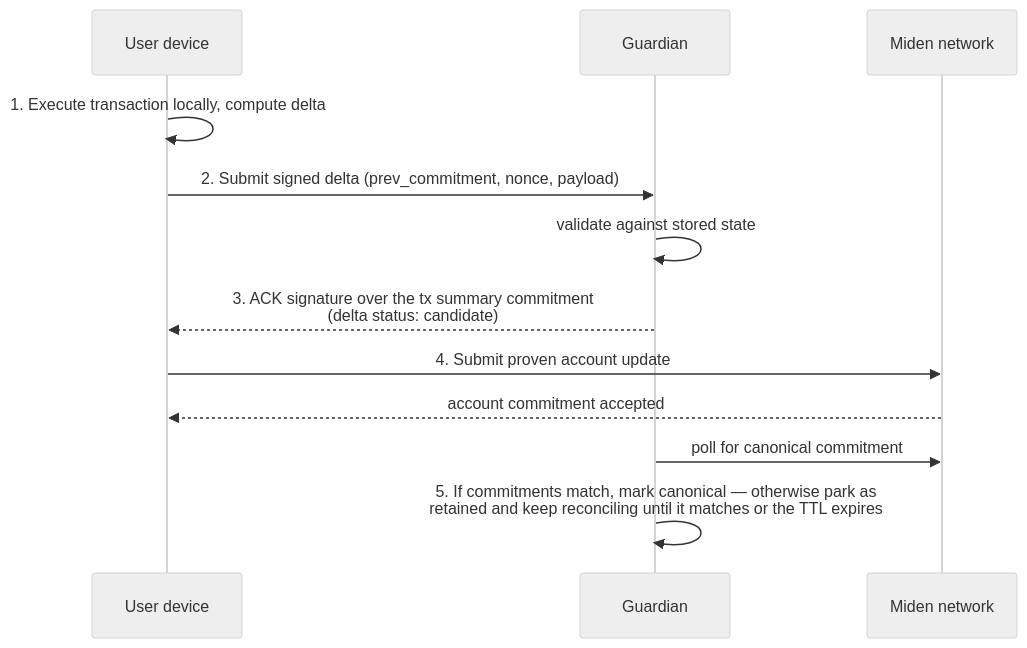
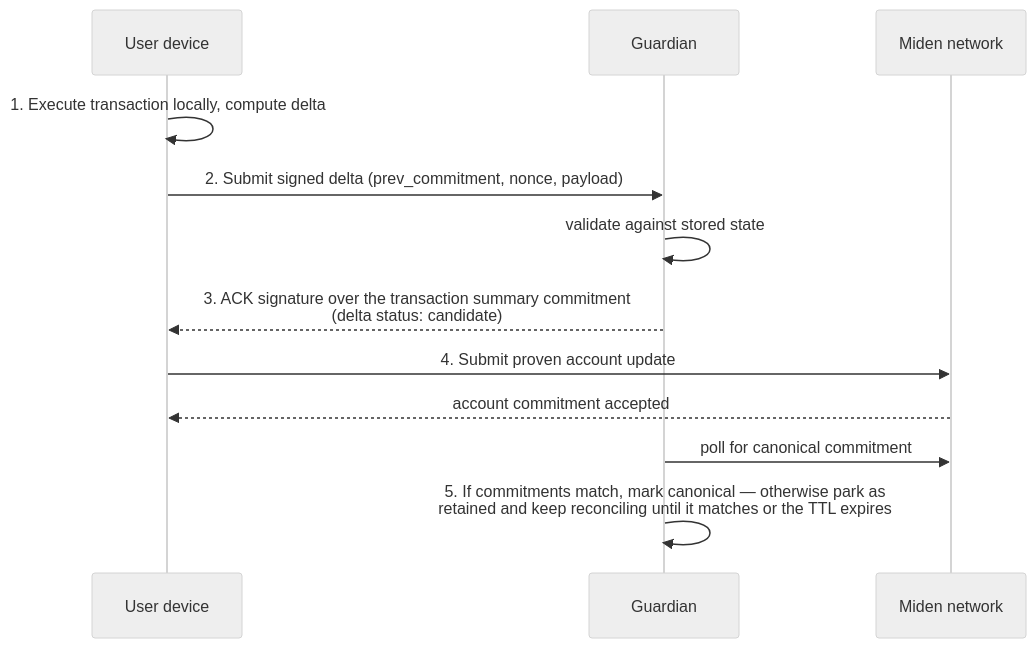
Before and after one commit to OpenZeppelin/guardian: the second of 4 diagrams in docs/CONCEPTS.md, drawn with Mermaid (neutral theme). The commit also changed other lines of this file, not shown here.

````diff
--- a/docs/CONCEPTS.md
+++ b/docs/CONCEPTS.md
@@ -101,15 +103,15 @@
 ```mermaid
 sequenceDiagram
   participant U as User device
   participant G as Guardian
   participant M as Miden network
 
   U->>U: 1. Execute transaction locally, compute delta
   U->>G: 2. Submit signed delta (prev_commitment, nonce, payload)
   G->>G: validate against stored state
-  G-->>U: 3. ACK signature over the tx summary commitment<br/>(delta status: candidate)
+  G-->>U: 3. ACK signature over the transaction summary commitment<br/>(delta status: candidate)
   U->>M: 4. Submit proven account update
   M-->>U: account commitment accepted
   G->>M: poll for canonical commitment
   G->>G: 5. If commitments match, mark canonical — otherwise park as<br/>retained and keep reconciling until it matches or the TTL expires
 ```
````
